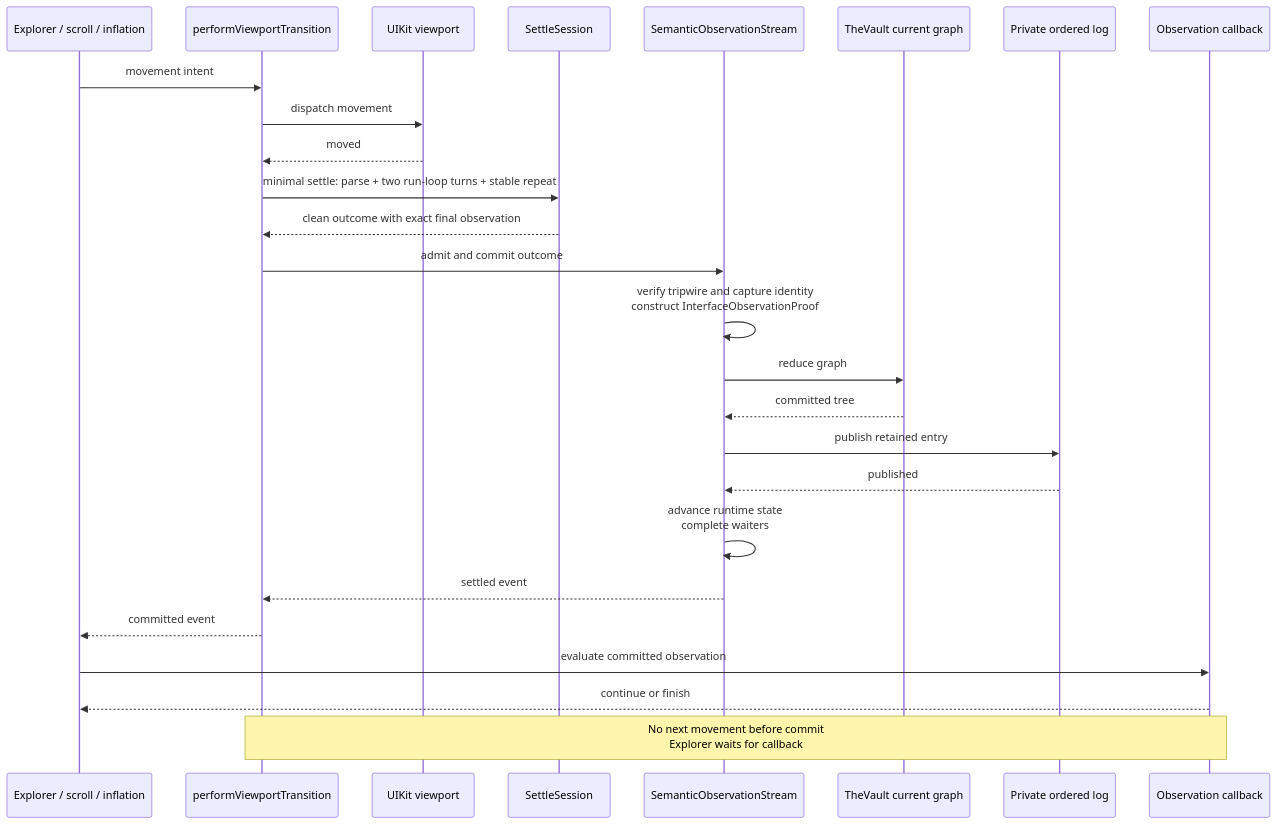
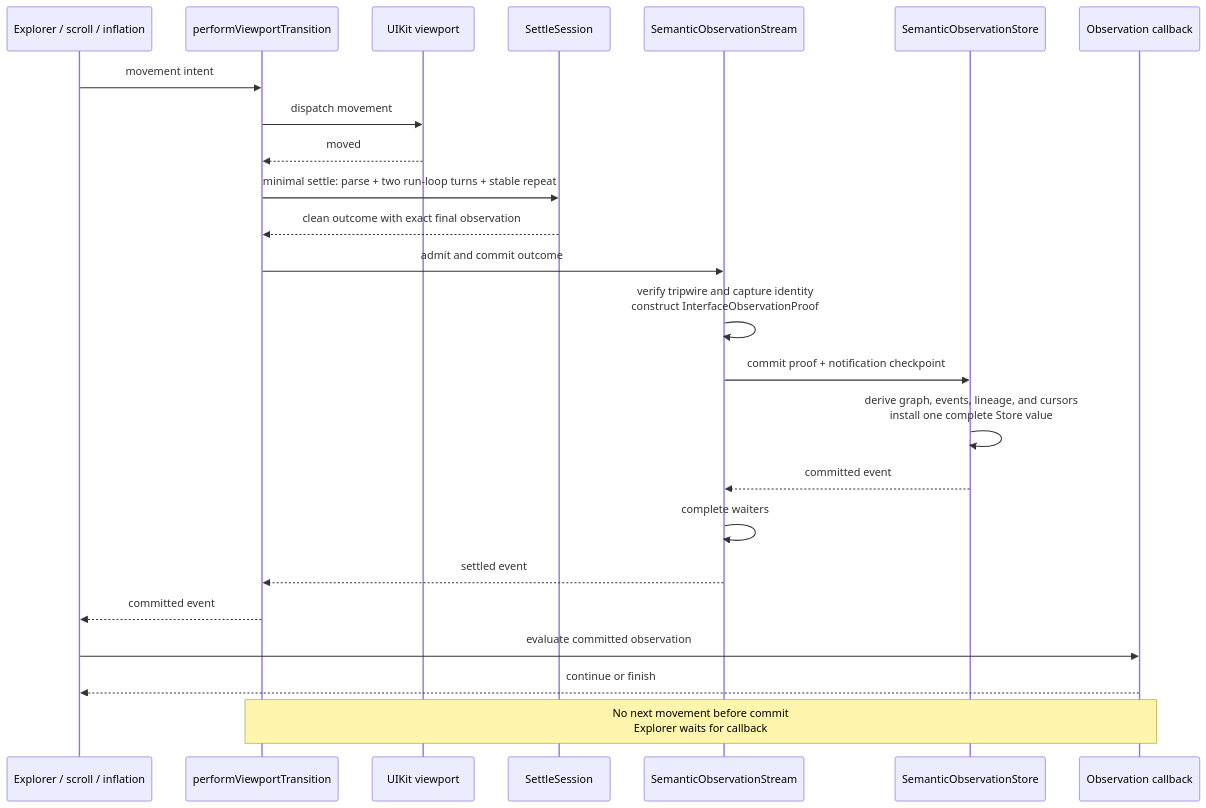
One commit to RoyalPineapple/TheButtonHeist changed the second of 5 diagrams in docs/diagrams/observation-pipeline.md. Above: the diagram before and after it, drawn with Mermaid. The commit also changed other lines of this file and 47 other files, not shown here.

````diff
--- a/docs/diagrams/observation-pipeline.md
+++ b/docs/diagrams/observation-pipeline.md
@@ -119,29 +115,27 @@
 ```mermaid
 sequenceDiagram
     participant Caller as Explorer / scroll / inflation
     participant Transition as performViewportTransition
     participant UIKit as UIKit viewport
     participant Settle as SettleSession
     participant Stream as SemanticObservationStream
-    participant Graph as TheVault current graph
-    participant Log as Private ordered log
+    participant Store as SemanticObservationStore
     participant Callback as Observation callback
 
     Caller->>Transition: movement intent
     Transition->>UIKit: dispatch movement
     UIKit-->>Transition: moved
     Transition->>Settle: minimal settle: parse + two run-loop turns + stable repeat
     Settle-->>Transition: clean outcome with exact final observation
     Transition->>Stream: admit and commit outcome
     Stream->>Stream: verify tripwire and capture identity<br/>construct InterfaceObservationProof
-    Stream->>Graph: reduce graph
-    Graph-->>Stream: committed tree
-    Stream->>Log: publish retained entry
-    Log-->>Stream: published
-    Stream->>Stream: advance runtime state<br/>complete waiters
+    Stream->>Store: commit proof + notification checkpoint
+    Store->>Store: derive graph, events, lineage, and cursors<br/>install one complete Store value
+    Store-->>Stream: committed event
+    Stream->>Stream: complete waiters
     Stream-->>Transition: settled event
     Transition-->>Caller: committed event
     Caller->>Callback: evaluate committed observation
     Callback-->>Caller: continue or finish
     Note over Transition,Callback: No next movement before commit<br/>Explorer waits for callback
 ```
````
